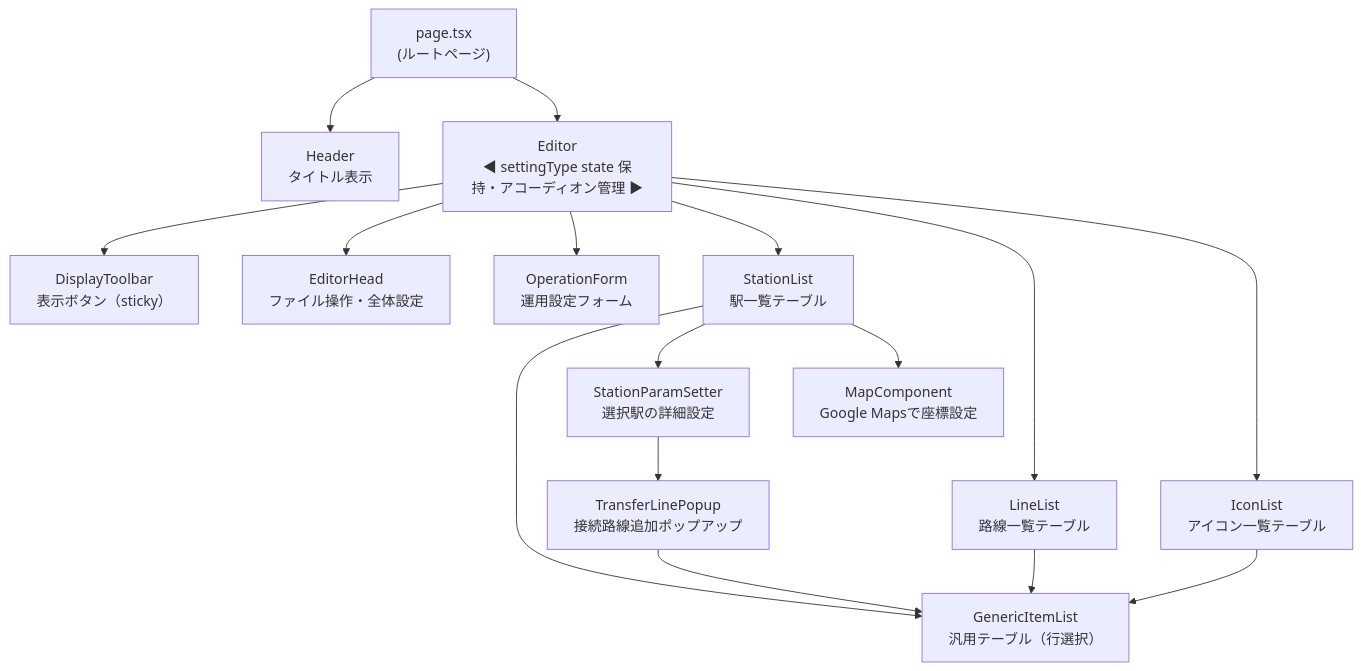
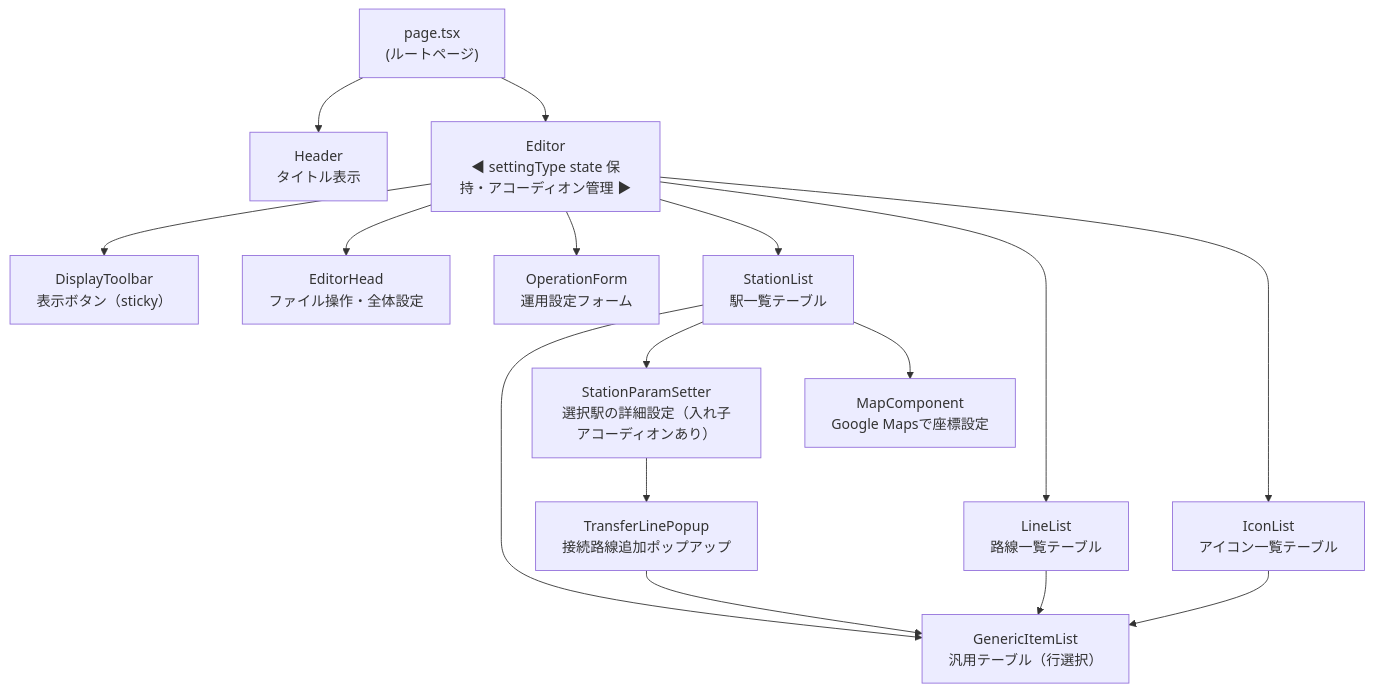
Before and after one commit to gosenzoo/trainLCD_deploy: the second of 4 diagrams in spec.md, drawn with Mermaid. The commit also changed other lines of this file and 4 other files, not shown here.

````diff
--- a/spec.md
+++ b/spec.md
@@ -214,33 +214,33 @@
 ```mermaid
 graph TD
     Page["page.tsx\n(ルートページ)"]
     Header["Header\nタイトル表示"]
     Editor["Editor\n◀ settingType state 保持・アコーディオン管理 ▶"]
     DisplayToolbar["DisplayToolbar\n表示ボタン（sticky）"]
     EditorHead["EditorHead\nファイル操作・全体設定"]
     OperationForm["OperationForm\n運用設定フォーム"]
     StationList["StationList\n駅一覧テーブル"]
     LineList["LineList\n路線一覧テーブル"]
     IconList["IconList\nアイコン一覧テーブル"]
     GenericItemList["GenericItemList\n汎用テーブル（行選択）"]
-    StationParamSetter["StationParamSetter\n選択駅の詳細設定"]
+    StationParamSetter["StationParamSetter\n選択駅の詳細設定（入れ子アコーディオンあり）"]
     MapComponent["MapComponent\nGoogle Mapsで座標設定"]
 
     Page --> Header
     Page --> Editor
     Editor --> DisplayToolbar
     Editor --> EditorHead
     Editor --> OperationForm
     Editor --> StationList
     Editor --> LineList
     Editor --> IconList
     TransferLinePopup["TransferLinePopup\n接続路線追加ポップアップ"]
 
     StationList --> GenericItemList
     LineList --> GenericItemList
     IconList --> GenericItemList
     StationList --> StationParamSetter
     StationList --> MapComponent
     StationParamSetter --> TransferLinePopup
     TransferLinePopup --> GenericItemList
 ```
````
